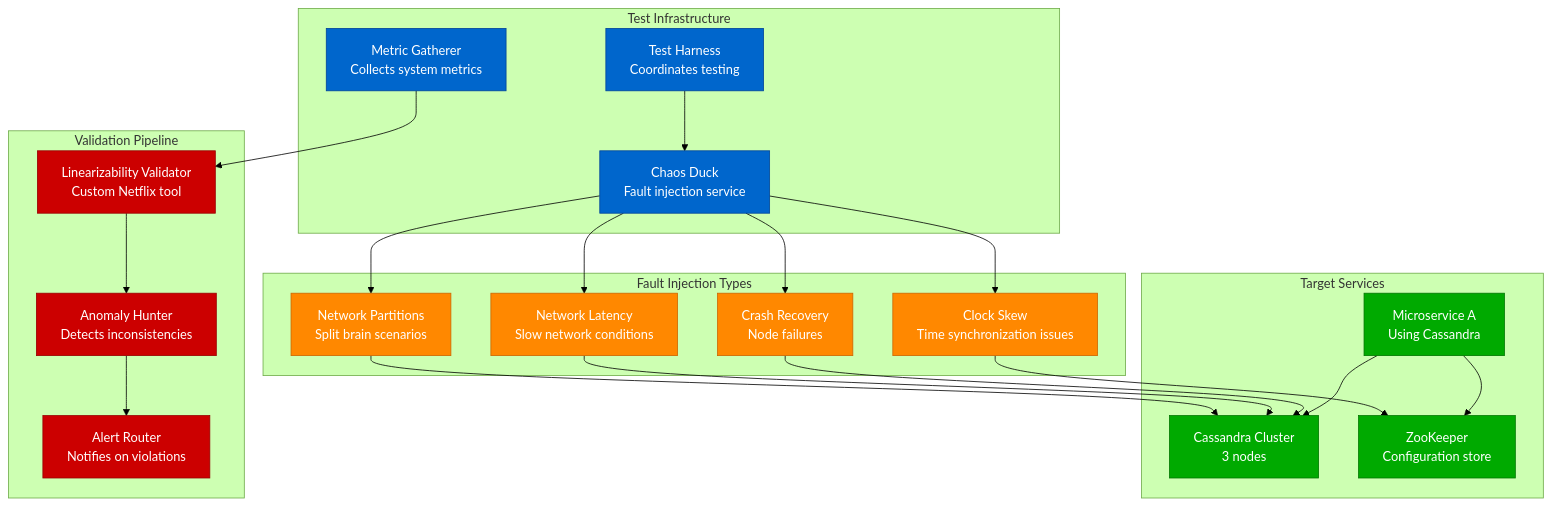
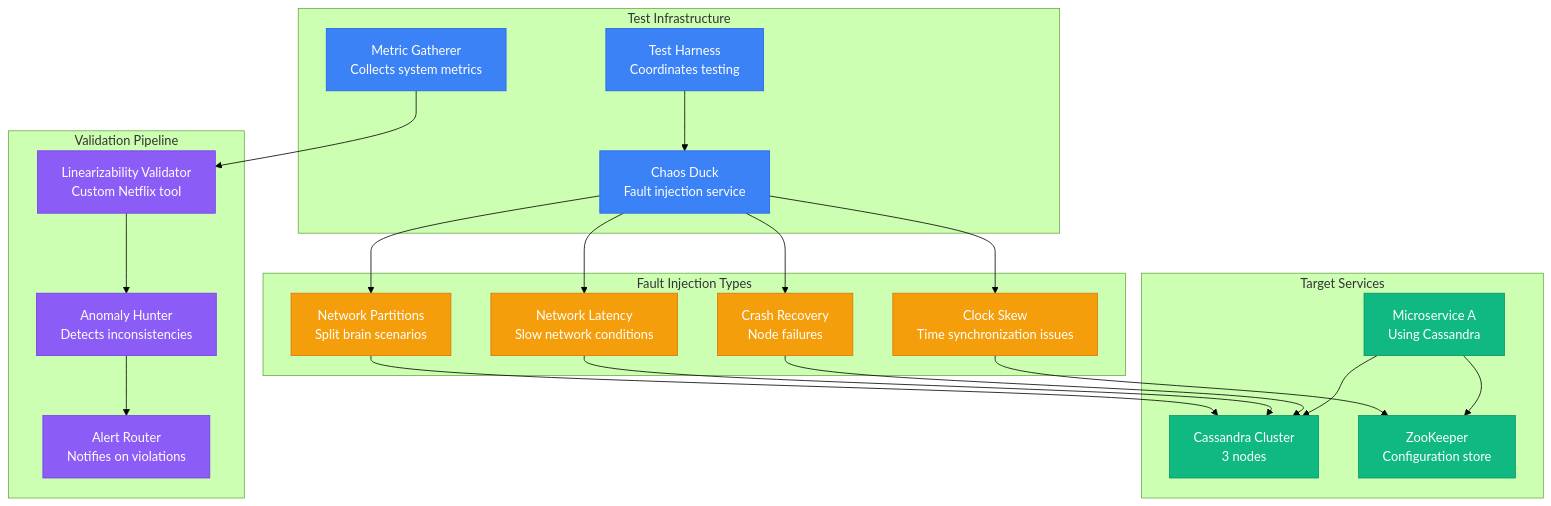
One commit to deepaucksharma/DS changed the fifth of 10 diagrams in site/docs/guarantees/linearizability/linearizability-verification.md. Above: the diagram before and after it, drawn with Mermaid (forest theme). The commit also changed other lines of this file and 303 other files, not shown here.

````diff
--- a/site/docs/guarantees/linearizability/linearizability-verification.md
+++ b/site/docs/guarantees/linearizability/linearizability-verification.md
@@ -214,55 +214,55 @@
 ```mermaid
 graph TB
     subgraph TestInfrastructure[Test Infrastructure]
         CD[Chaos Duck<br/>Fault injection service]
         TH[Test Harness<br/>Coordinates testing]
         MG[Metric Gatherer<br/>Collects system metrics]
     end
 
     subgraph TargetServices[Target Services]
         MS[Microservice A<br/>Using Cassandra]
         CS[Cassandra Cluster<br/>3 nodes]
         ZK[ZooKeeper<br/>Configuration store]
     end
 
     subgraph FaultTypes[Fault Injection Types]
         NP[Network Partitions<br/>Split brain scenarios]
         NL[Network Latency<br/>Slow network conditions]
         CR[Crash Recovery<br/>Node failures]
         CL[Clock Skew<br/>Time synchronization issues]
     end
 
     subgraph Validation[Validation Pipeline]
         LV[Linearizability Validator<br/>Custom Netflix tool]
         AH[Anomaly Hunter<br/>Detects inconsistencies]
         AR[Alert Router<br/>Notifies on violations]
     end
 
     TH --> CD
     CD --> NP
     CD --> NL
     CD --> CR
     CD --> CL
 
     NP --> CS
     NL --> CS
     CR --> CS
     CL --> ZK
 
     MS --> CS
     MS --> ZK
 
     MG --> LV
     LV --> AH
     AH --> AR
 
-    classDef testStyle fill:#0066CC,stroke:#004499,color:#fff
-    classDef serviceStyle fill:#00AA00,stroke:#007700,color:#fff
-    classDef faultStyle fill:#FF8800,stroke:#CC6600,color:#fff
-    classDef validateStyle fill:#CC0000,stroke:#990000,color:#fff
+    classDef testStyle fill:#3B82F6,stroke:#2563EB,color:#fff
+    classDef serviceStyle fill:#10B981,stroke:#059669,color:#fff
+    classDef faultStyle fill:#F59E0B,stroke:#D97706,color:#fff
+    classDef validateStyle fill:#8B5CF6,stroke:#7C3AED,color:#fff
 
     class CD,TH,MG testStyle
     class MS,CS,ZK serviceStyle
     class NP,NL,CR,CL faultStyle
     class LV,AH,AR validateStyle
 ```
````
